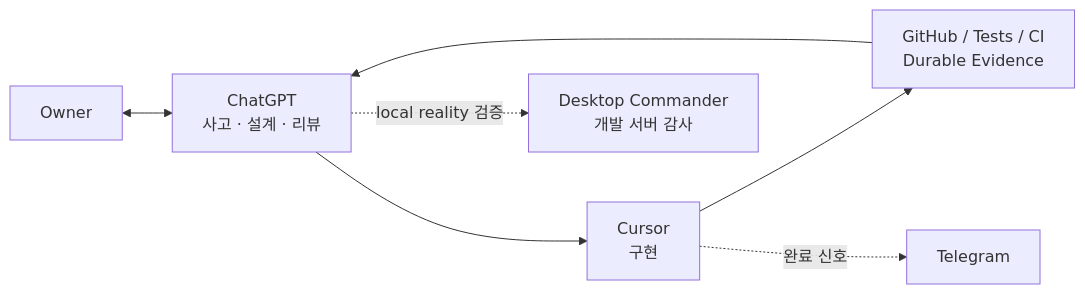
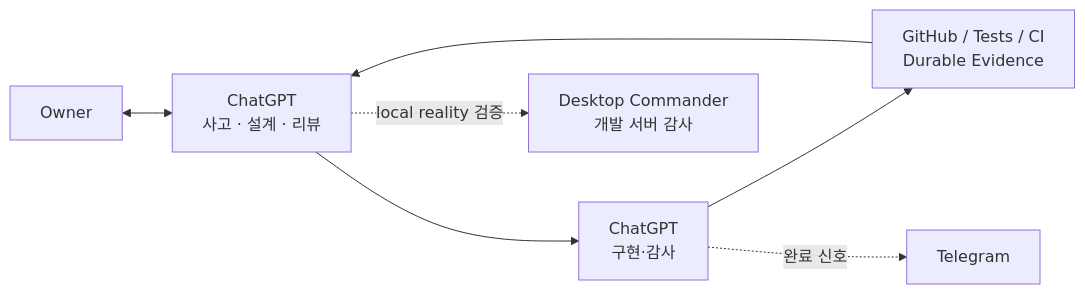
Before and after one commit to datarelay-labs/engineering-system-docs: the first of 2 diagrams in ko/tools.mdx, drawn with Mermaid. The commit also changed other lines of this file and 21 other files, not shown here.

Commit message:
docs: make ChatGPT the default implementation path

```diff
--- a/ko/tools.mdx
+++ b/ko/tools.mdx
@@ -10,9 +10,9 @@
 ~~~mermaid
 flowchart LR
     O["Owner"] <--> C["ChatGPT<br/>사고 · 설계 · 리뷰"]
-    C --> U["Cursor<br/>구현"]
+    C --> U["ChatGPT<br/>구현·감사"]
     U --> G["GitHub / Tests / CI<br/>Durable Evidence"]
     G --> C
     C -. local reality 검증 .-> D["Desktop Commander<br/>개발 서버 감사"]
     U -. 완료 신호 .-> T["Telegram"]
 ~~~
```
